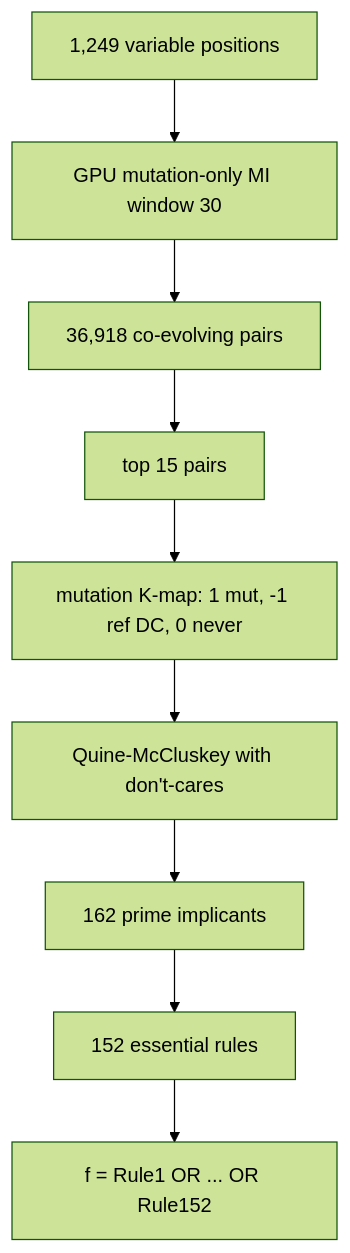
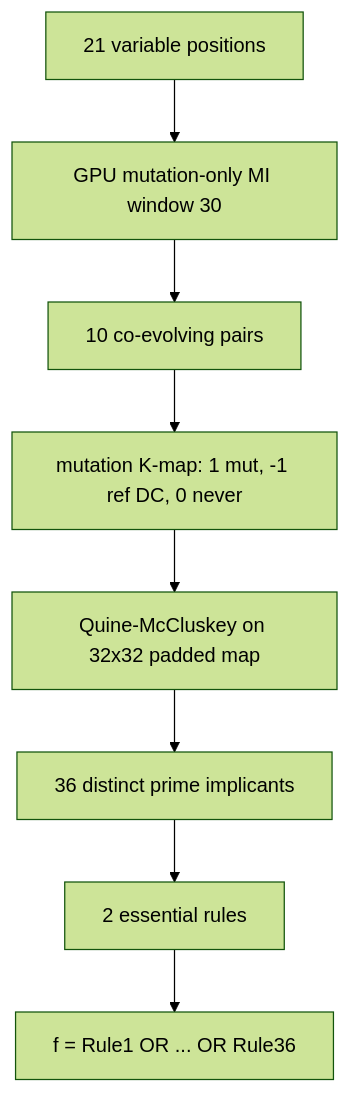
The diagram in My_Interpretation_of_the_Results/11_master_boolean.md (E-Motioner-X-SBS/co-evolution-analysis), drawn with Mermaid (forest theme) before and after one commit. The commit also changed other lines of this file and 32 other files, not shown here.

````diff
--- a/My_Interpretation_of_the_Results/11_master_boolean.md
+++ b/My_Interpretation_of_the_Results/11_master_boolean.md
@@ -30,11 +29,10 @@
 ```mermaid
 flowchart TD
-    A[1,249 variable positions] --> B[GPU mutation-only MI window 30]
-    B --> C[36,918 co-evolving pairs]
-    C --> D[top 15 pairs]
-    D --> E[mutation K-map: 1 mut, -1 ref DC, 0 never]
-    E --> F[Quine-McCluskey with don't-cares]
-    F --> G[162 prime implicants]
-    G --> H[152 essential rules]
-    H --> I[f = Rule1 OR ... OR Rule152]
+    A[21 variable positions] --> B[GPU mutation-only MI window 30]
+    B --> C[10 co-evolving pairs]
+    C --> D[mutation K-map: 1 mut, -1 ref DC, 0 never]
+    D --> E[Quine-McCluskey on 32x32 padded map]
+    E --> F[36 distinct prime implicants]
+    F --> G[2 essential rules]
+    G --> H[f = Rule1 OR ... OR Rule36]
 ```
````
